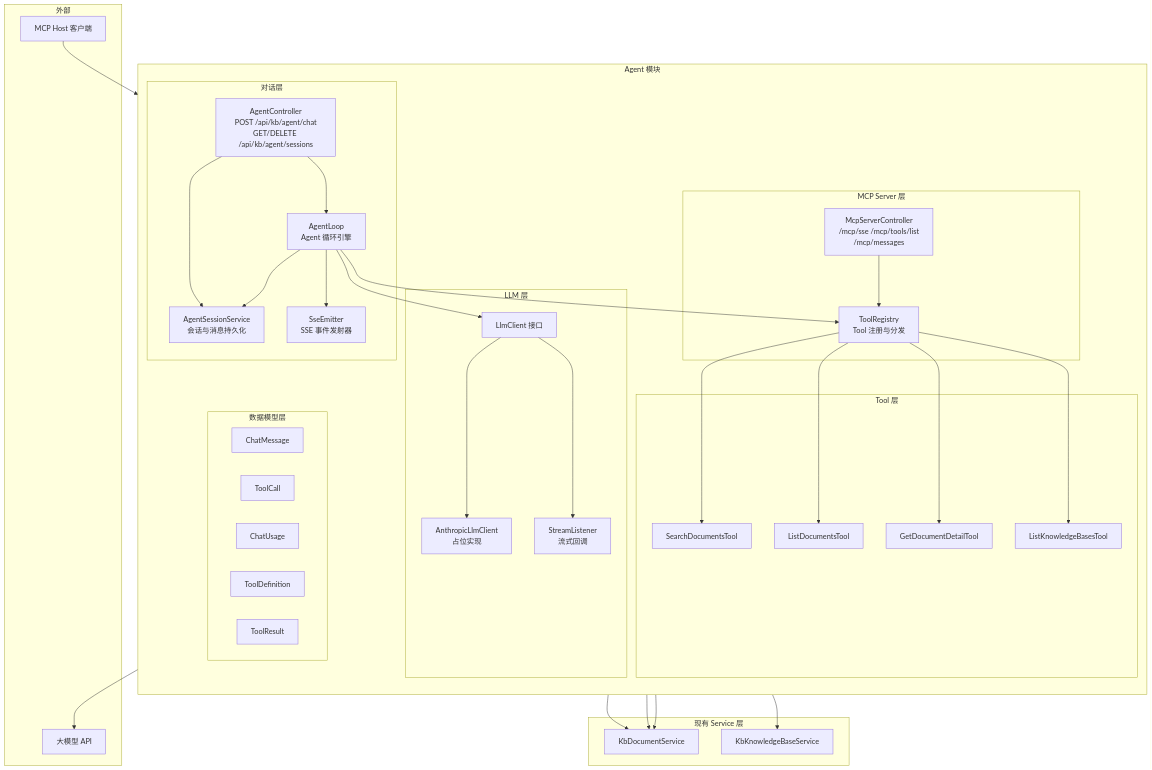
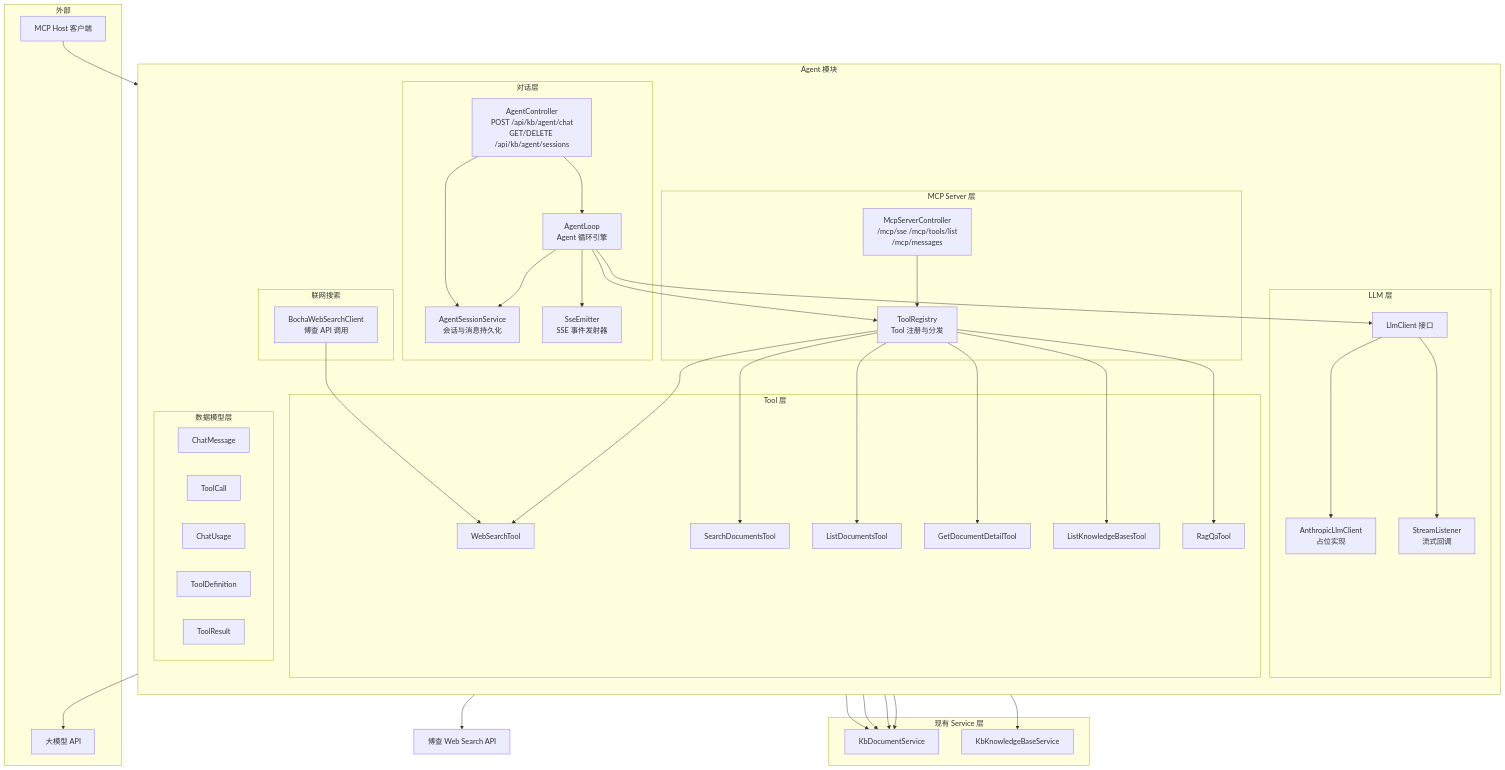
Diagram 29 of 38 in docs/knowledge-service-code-analysis.md (ZjlShenshiqing/EnterpriseKnowledgeWorkspace), drawn with Mermaid before and after one commit. The commit also changed other lines of this file and 16 other files, not shown here.

````diff
--- a/docs/knowledge-service-code-analysis.md
+++ b/docs/knowledge-service-code-analysis.md
@@ -3782,67 +3786,75 @@
 ```mermaid
 graph TB
     subgraph "Agent 模块"
         direction TB
 
         subgraph "对话层"
             AGENT_CTL[AgentController<br/>POST /api/kb/agent/chat<br/>GET/DELETE /api/kb/agent/sessions]
             AGENT_LOOP[AgentLoop<br/>Agent 循环引擎]
             AGENT_SESSION[AgentSessionService<br/>会话与消息持久化]
             SSE[SseEmitter<br/>SSE 事件发射器]
         end
 
         subgraph "MCP Server 层"
             MCP_CTL[McpServerController<br/>/mcp/sse /mcp/tools/list<br/>/mcp/messages]
             TOOL_REG[ToolRegistry<br/>Tool 注册与分发]
         end
 
         subgraph "LLM 层"
             LLM_CLIENT[LlmClient 接口]
             ANTHROPIC[AnthropicLlmClient<br/>占位实现]
             STREAM_LISTENER[StreamListener<br/>流式回调]
         end
 
         subgraph "Tool 层"
             SEARCH[SearchDocumentsTool]
             LIST[ListDocumentsTool]
             DETAIL[GetDocumentDetailTool]
             KB_LIST[ListKnowledgeBasesTool]
+            RAG[RagQaTool]
+            WEB[WebSearchTool]
+        end
+
+        subgraph "联网搜索"
+            BOCHA[BochaWebSearchClient<br/>博查 API 调用] -->
+            WEB
         end
 
         subgraph "数据模型层"
             CHAT_MSG[ChatMessage]
             TOOL_CALL[ToolCall]
             CHAT_USAGE[ChatUsage]
             TOOL_DEF[ToolDefinition]
             TOOL_RESULT[ToolResult]
         end
     end
 
     subgraph "现有 Service 层"
         DOC_SVC[KbDocumentService]
         KB_SVC[KbKnowledgeBaseService]
     end
 
     subgraph "外部"
         LLM_API[大模型 API]
         MCP_HOST[MCP Host 客户端]
     end
 
     AGENT_CTL --> AGENT_LOOP
     AGENT_CTL --> AGENT_SESSION
     AGENT_LOOP --> LLM_CLIENT
     AGENT_LOOP --> TOOL_REG
     AGENT_LOOP --> AGENT_SESSION
     AGENT_LOOP --> SSE
 
     LLM_CLIENT --> ANTHROPIC
     ANTHROPIC --> LLM_API
     LLM_CLIENT --> STREAM_LISTENER
 
-    TOOL_REG --> SEARCH & LIST & DETAIL & KB_LIST
-    SEARCH & LIST & DETAIL --> DOC_SVC
+    TOOL_REG --> SEARCH & LIST & DETAIL & KB_LIST & RAG & WEB
+    SEARCH & LIST & DETAIL & RAG --> DOC_SVC
     KB_LIST --> KB_SVC
+    BOCHA --> BOCHA_API[博查 Web Search API]
 
     MCP_CTL --> TOOL_REG
     MCP_HOST --> MCP_CTL
 ```
````
